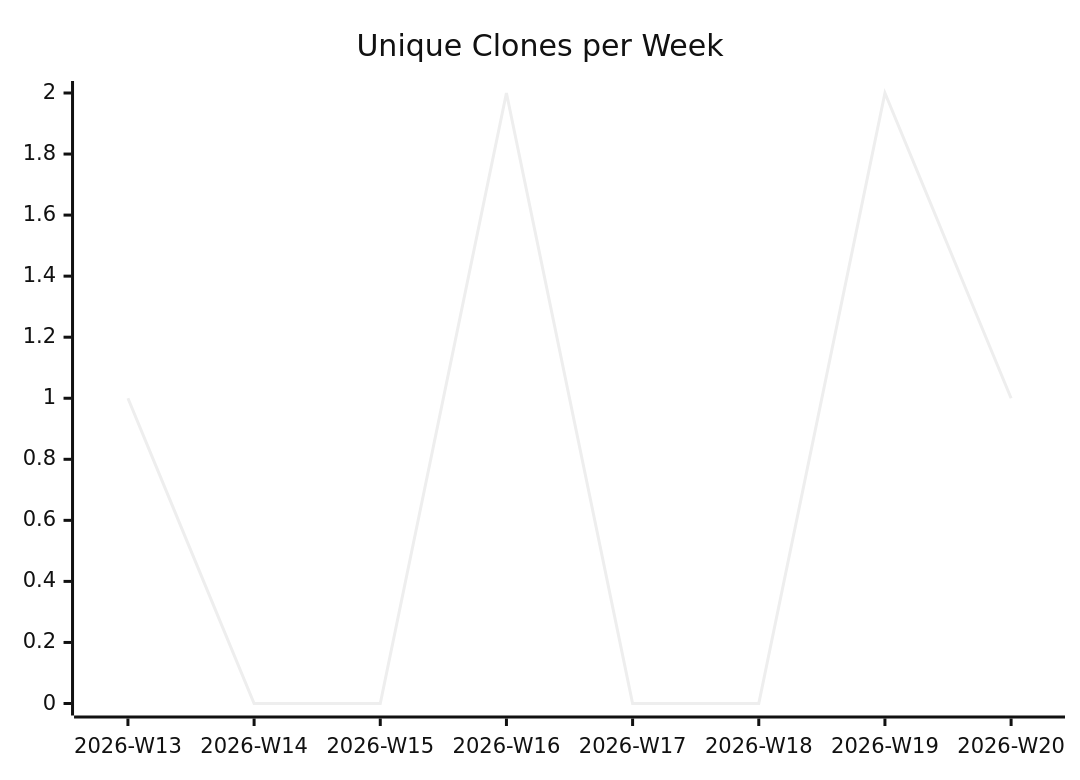
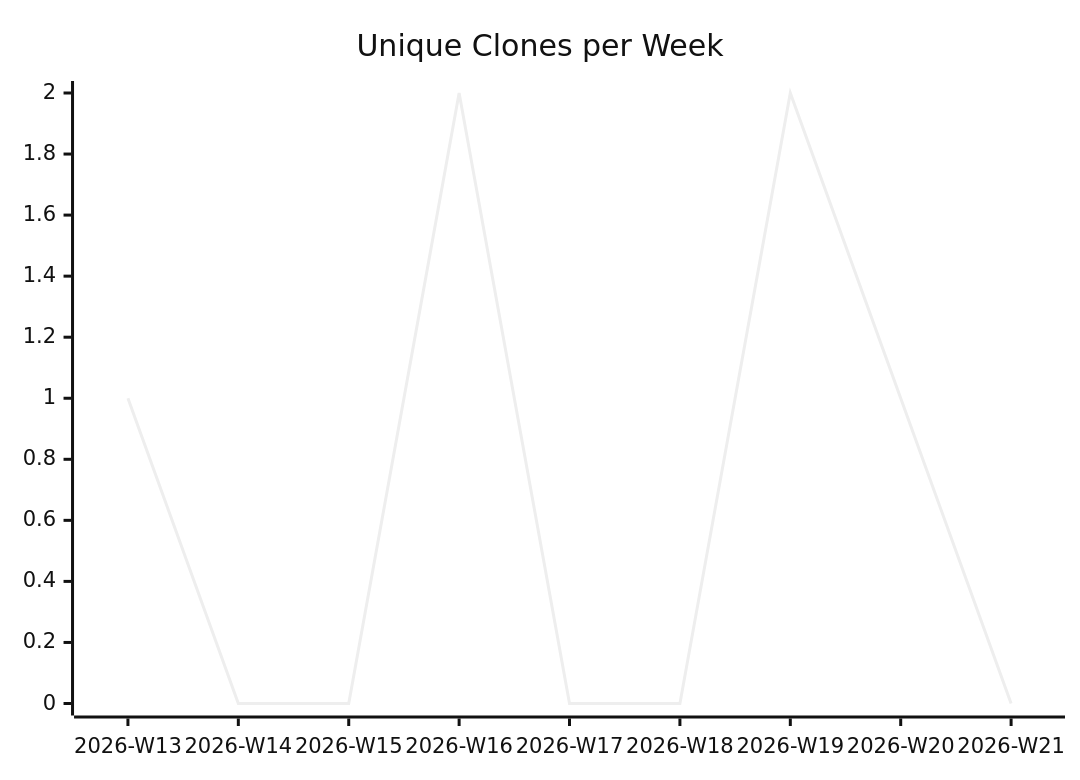
One commit to justdavis-family/github-analytics-data changed the third of 3 diagrams in karlmdavis/datanucleus-test-jdo-1-to-n/README.md. Above: the diagram before and after it, drawn with Mermaid (neutral theme). The commit also changed other lines of this file and 189 other files, not shown here.

````diff
--- a/karlmdavis/datanucleus-test-jdo-1-to-n/README.md
+++ b/karlmdavis/datanucleus-test-jdo-1-to-n/README.md
@@ -19,6 +19,6 @@
 ```mermaid
 xychart-beta
   title "Unique Clones per Week"
-  x-axis ["2026-W13", "2026-W14", "2026-W15", "2026-W16", "2026-W17", "2026-W18", "2026-W19", "2026-W20"]
-  line [1, 0, 0, 2, 0, 0, 2, 1]
+  x-axis ["2026-W13", "2026-W14", "2026-W15", "2026-W16", "2026-W17", "2026-W18", "2026-W19", "2026-W20", "2026-W21"]
+  line [1, 0, 0, 2, 0, 0, 2, 1, 0]
 ```
````
